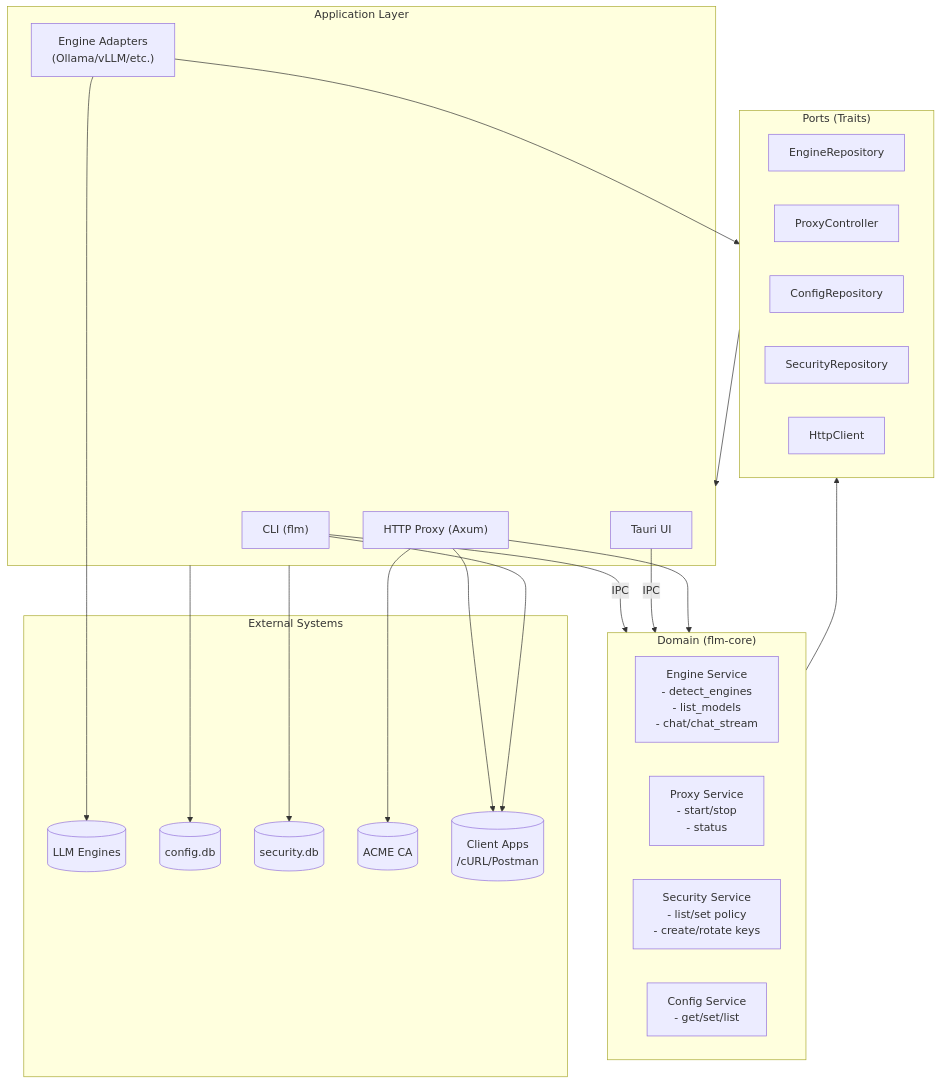
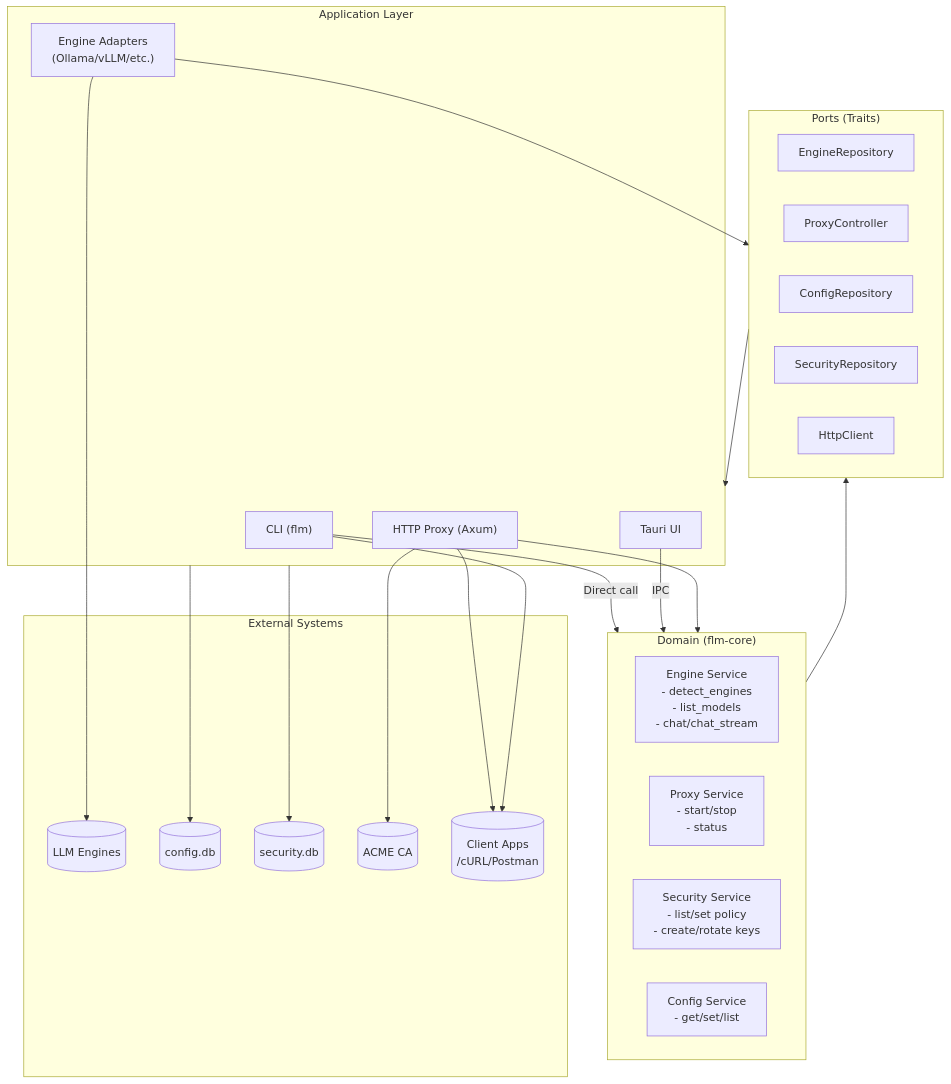
Before and after one commit to Unjuno/FLM: the diagram in docs/diagram.md, drawn with Mermaid. The commit also changed 9 other files, not shown here.

````diff
--- a/docs/diagram.md
+++ b/docs/diagram.md
@@ -6,48 +6,48 @@
 ```mermaid
 flowchart TD
     subgraph Domain["Domain (flm-core)"]
         EnginesSvc["Engine Service\n- detect_engines\n- list_models\n- chat/chat_stream"]
         ProxySvc["Proxy Service\n- start/stop\n- status"]
         SecuritySvc["Security Service\n- list/set policy\n- create/rotate keys"]
         ConfigSvc["Config Service\n- get/set/list"]
     end
 
     subgraph Ports["Ports (Traits)"]
         EngRepo["EngineRepository"]
         ProxyCtrl["ProxyController"]
         ConfigRepo["ConfigRepository"]
         SecRepo["SecurityRepository"]
         HttpPort["HttpClient"]
     end
 
     subgraph Adapters["Application Layer"]
         CLI["CLI (flm)"]
         UI["Tauri UI"]
         ProxyAdapter["HTTP Proxy (Axum)"]
         EngineAdapters["Engine Adapters\n(Ollama/vLLM/etc.)"]
     end
 
     subgraph External["External Systems"]
         Engines[(LLM Engines)]
         ConfigDB[("config.db")]
         SecurityDB[("security.db")]
         ACME[(ACME CA)]
         Clients[(Client Apps\n/cURL/Postman)]
     end
 
-    CLI -->|IPC| Domain
+    CLI -->|Direct call| Domain
     UI -->|IPC| Domain
     ProxyAdapter --> Domain
 
     Domain --> Ports
     Ports --> Adapters
     EngineAdapters --> Ports
 
     EngineAdapters --> Engines
     ProxyAdapter --> ACME
     ProxyAdapter -->Clients
     CLI --> Clients
 
     Adapters --> ConfigDB
     Adapters --> SecurityDB
 ```
````
